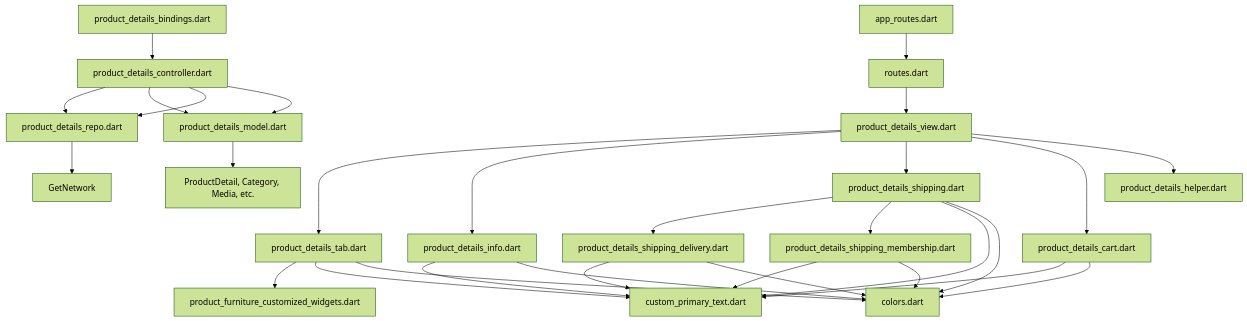
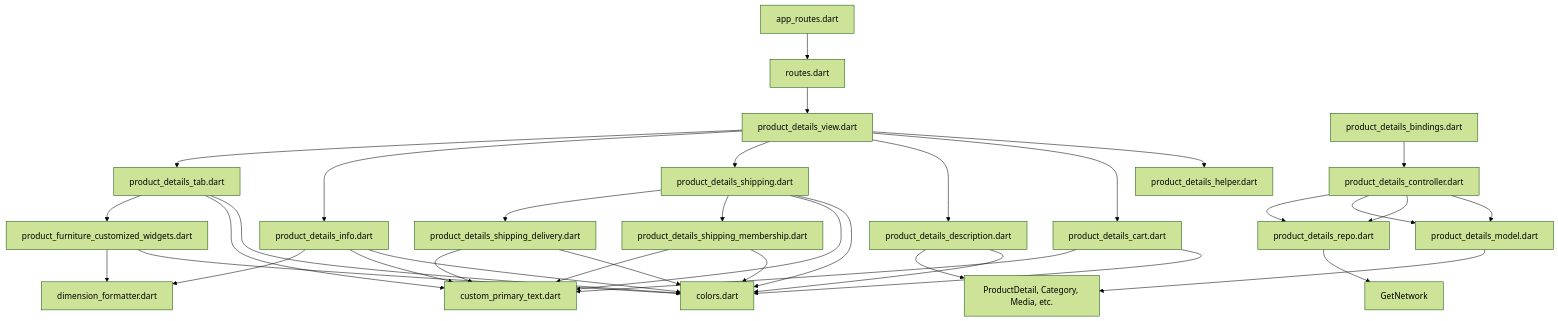
The fourth of 4 diagrams in .qoder/repowiki/en/content/Core Features/E-commerce Platform/Product Details and Information.md (Ariful3111/FurniGo), drawn with Mermaid (forest theme) before and after one commit. The commit also changed other lines of this file and 19 other files, not shown here.

````diff
--- a/.qoder/repowiki/en/content/Core Features/E-commerce Platform/Product Details and Information.md
+++ b/.qoder/repowiki/en/content/Core Features/E-commerce Platform/Product Details and Information.md
@@ -383,32 +478,38 @@
 ```mermaid
 graph TB
 ROUTES["routes.dart"] --> PD_VIEW["product_details_view.dart"]
 APP_ROUTES["app_routes.dart"] --> ROUTES
 PD_BINDINGS["product_details_bindings.dart"] --> PD_CONTROLLER["product_details_controller.dart"]
 PD_CONTROLLER --> PD_REPO["product_details_repo.dart"]
 PD_CONTROLLER --> PD_MODEL["product_details_model.dart"]
 PD_VIEW --> PD_TAB["product_details_tab.dart"]
 PD_VIEW --> PD_INFO["product_details_info.dart"]
 PD_VIEW --> PD_SHIPPING["product_details_shipping.dart"]
+PD_VIEW --> PD_DESCRIPTION["product_details_description.dart"]
 PD_SHIPPING --> PD_DELIVERY["product_details_shipping_delivery.dart"]
 PD_SHIPPING --> PD_MEMBERSHIP["product_details_shipping_membership.dart"]
 PD_VIEW --> PD_CART["product_details_cart.dart"]
 PD_VIEW --> PD_HELPER["product_details_helper.dart"]
 PD_TAB --> PD_CUSTOMIZED["product_furniture_customized_widgets.dart"]
+PD_CUSTOMIZED --> DIMENSION_FORMATTER["dimension_formatter.dart"]
 PD_CONTROLLER --> PD_REPO
 PD_CONTROLLER --> PD_MODEL
 PD_REPO --> GET_NETWORK["GetNetwork"]
 PD_MODEL --> MODEL_CLASSES["ProductDetail, Category, Media, etc."]
+PD_DESCRIPTION --> MODEL_CLASSES
+PD_INFO --> DIMENSION_FORMATTER
 PD_CART --> CUSTOM_TEXT["custom_primary_text.dart"]
 PD_TAB --> CUSTOM_TEXT
 PD_INFO --> CUSTOM_TEXT
 PD_SHIPPING --> CUSTOM_TEXT
 PD_DELIVERY --> CUSTOM_TEXT
 PD_MEMBERSHIP --> CUSTOM_TEXT
 PD_CART --> COLORS["colors.dart"]
 PD_TAB --> COLORS
 PD_INFO --> COLORS
 PD_SHIPPING --> COLORS
 PD_DELIVERY --> COLORS
 PD_MEMBERSHIP --> COLORS
+PD_CUSTOMIZED --> COLORS
+PD_DESCRIPTION --> COLORS
 ```
````
